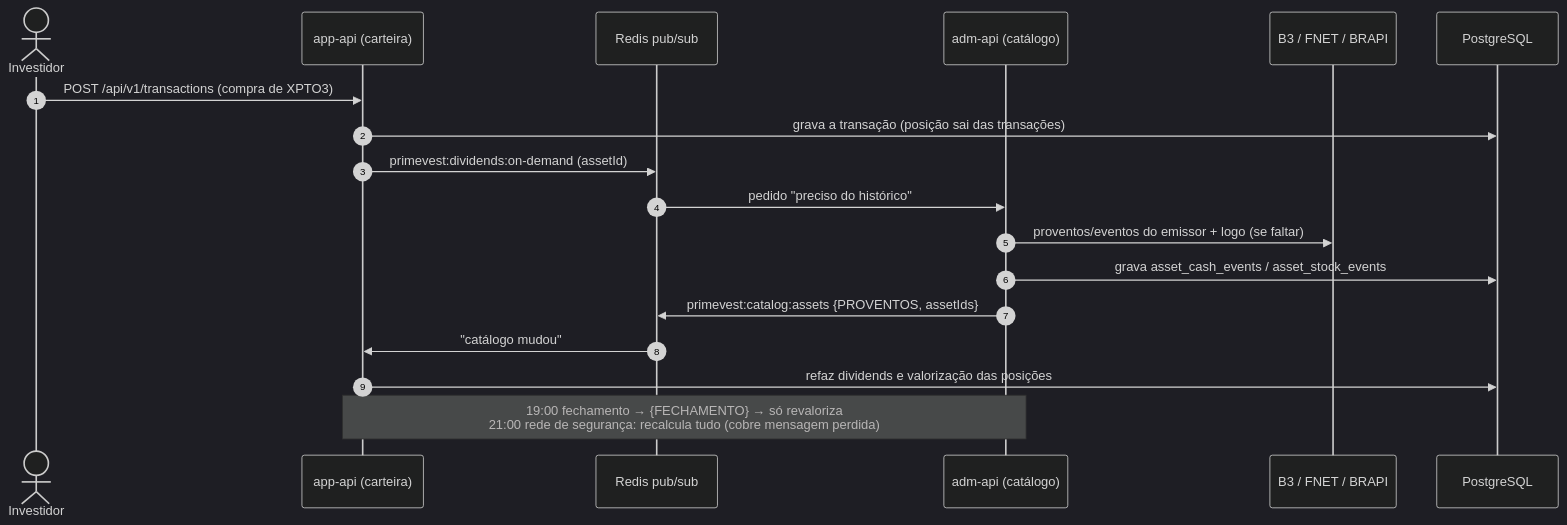
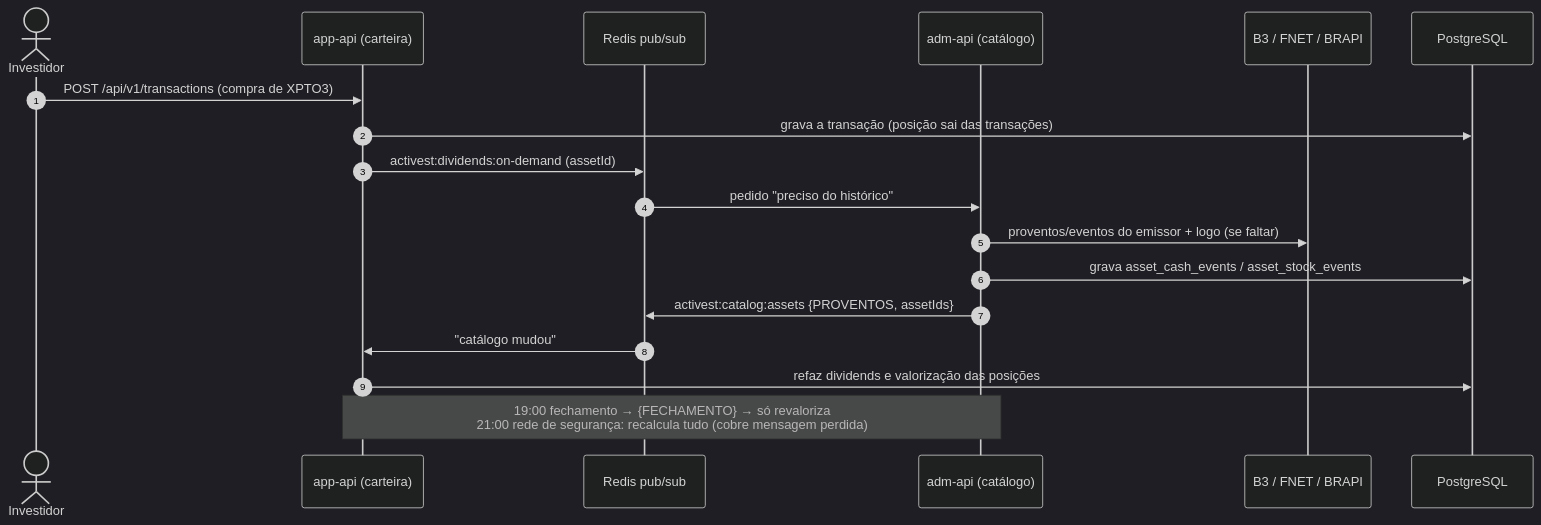
One commit to guilherme-dealmeida/activest changed the eighth of 8 diagrams in docs/USE_CASES.md. Above: the diagram before and after it, drawn with Mermaid (dark theme). The commit also changed other lines of this file and 37 other files, not shown here.

````diff
--- a/docs/USE_CASES.md
+++ b/docs/USE_CASES.md
@@ -320,21 +320,21 @@
 ```mermaid
 sequenceDiagram
     autonumber
     actor I as Investidor
     participant APP as app-api (carteira)
     participant RD as Redis pub/sub
     participant ADM as adm-api (catálogo)
     participant EX as B3 / FNET / BRAPI
     participant DB as PostgreSQL
 
     I->>APP: POST /api/v1/transactions (compra de XPTO3)
     APP->>DB: grava a transação (posição sai das transações)
-    APP->>RD: primevest:dividends:on-demand (assetId)
+    APP->>RD: activest:dividends:on-demand (assetId)
     RD->>ADM: pedido "preciso do histórico"
     ADM->>EX: proventos/eventos do emissor + logo (se faltar)
     ADM->>DB: grava asset_cash_events / asset_stock_events
-    ADM->>RD: primevest:catalog:assets {PROVENTOS, assetIds}
+    ADM->>RD: activest:catalog:assets {PROVENTOS, assetIds}
     RD->>APP: "catálogo mudou"
     APP->>DB: refaz dividends e valorização das posições
     Note over ADM,APP: 19:00 fechamento → {FECHAMENTO} → só revaloriza<br/>21:00 rede de segurança: recalcula tudo (cobre mensagem perdida)
 ```
````
